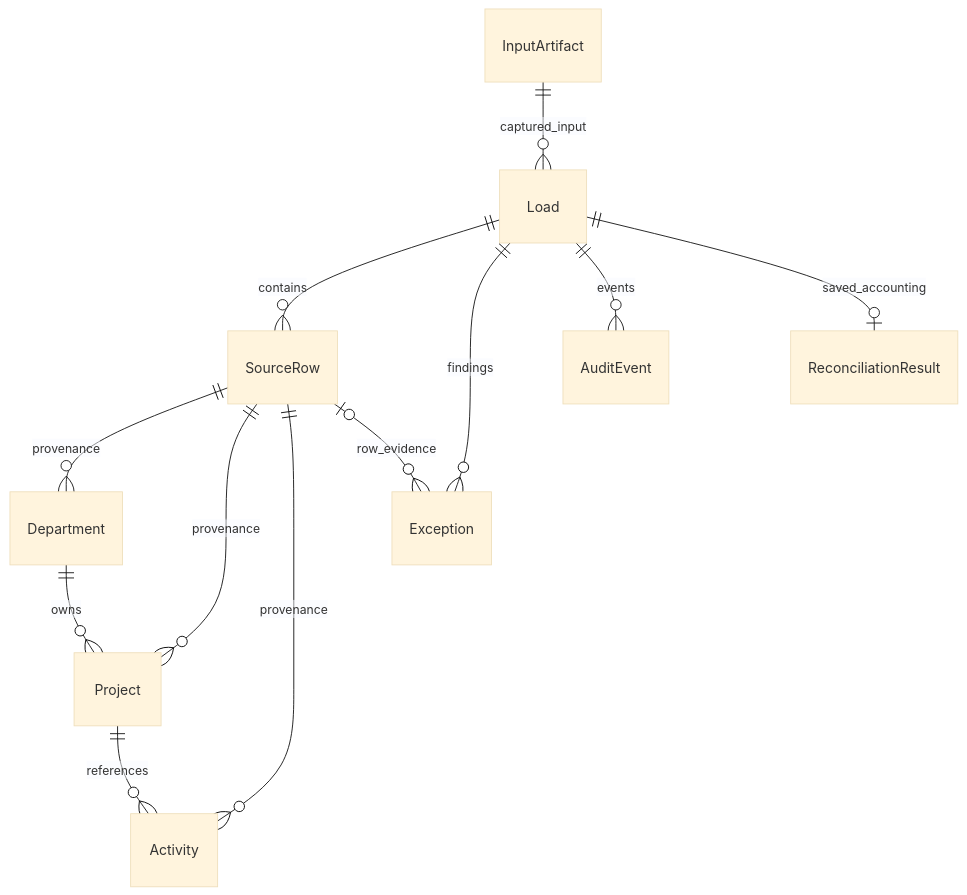
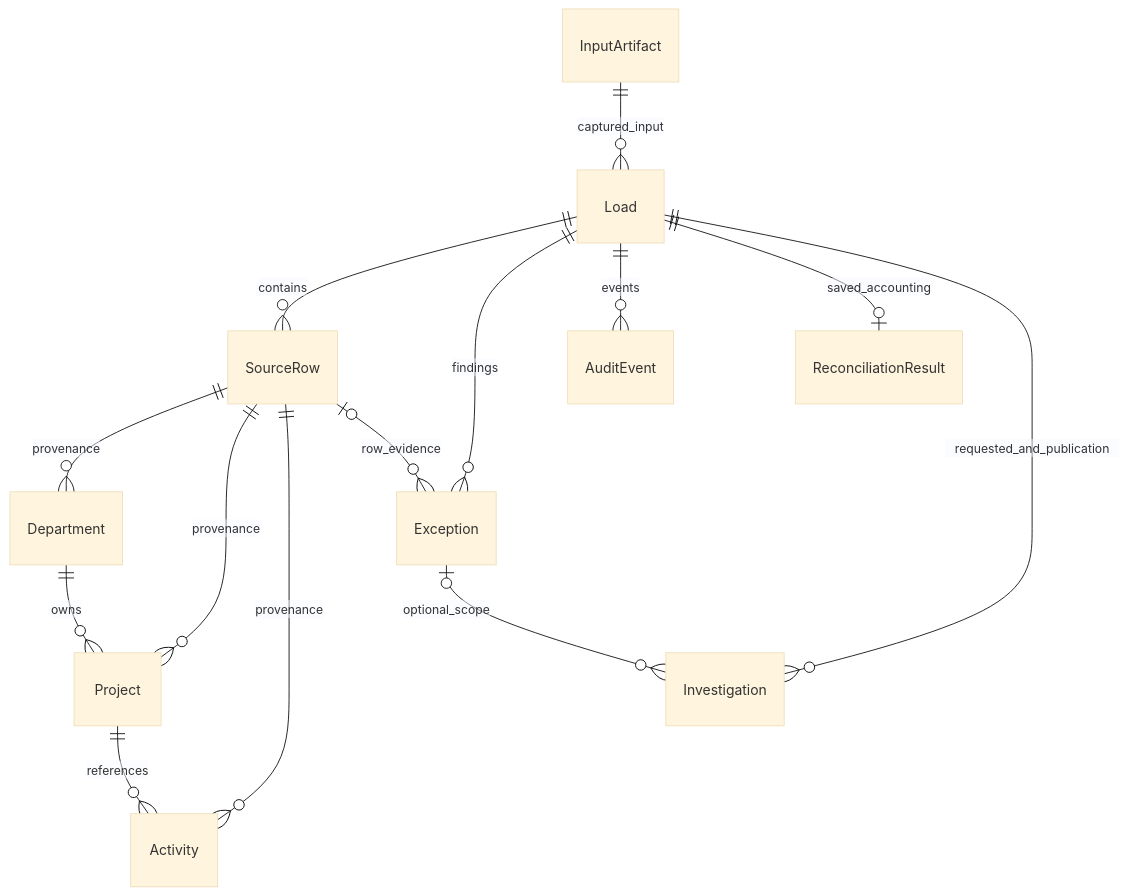
The diagram in docs/database-schema.md (BillMath2/data-reconciliation-workbench), drawn with Mermaid (base theme) before and after one commit. The commit also changed other lines of this file and 30 other files, not shown here.

````diff
--- a/docs/database-schema.md
+++ b/docs/database-schema.md
@@ -23,14 +24,16 @@
 ```mermaid
 erDiagram
     InputArtifact ||--o{ Load : captured_input
     Load ||--o{ SourceRow : contains
     SourceRow ||--o{ Department : provenance
     SourceRow ||--o{ Project : provenance
     SourceRow ||--o{ Activity : provenance
     Department ||--o{ Project : owns
     Project ||--o{ Activity : references
     Load ||--o{ Exception : findings
     SourceRow o|--o{ Exception : row_evidence
     Load ||--o{ AuditEvent : events
     Load ||--o| ReconciliationResult : saved_accounting
+    Load ||--o{ Investigation : requested_and_publication
+    Exception o|--o{ Investigation : optional_scope
 ```
````
